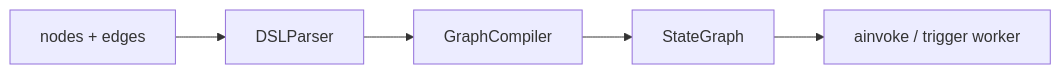
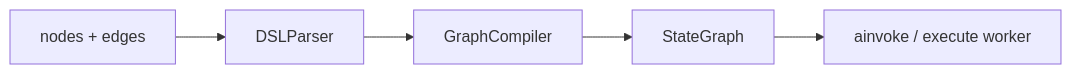
Before and after one commit to zekkrron/cs-knowledge-base: the second of 2 diagrams in Resume/Delhivery/04 - Workflows.md, drawn with Mermaid. The commit also changed other lines of this file and 47 other files, not shown here.

````diff
--- a/Resume/Delhivery/04 - Workflows.md
+++ b/Resume/Delhivery/04 - Workflows.md
@@ -124,7 +160,7 @@
 ```mermaid
 flowchart LR
   JSON[nodes + edges] --> P[DSLParser]
   P --> C[GraphCompiler]
   C --> G[StateGraph]
-  G --> Run["ainvoke / trigger worker"]
+  G --> Run["ainvoke / execute worker"]
 ```
````
